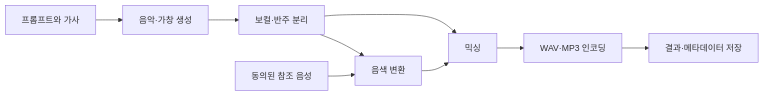
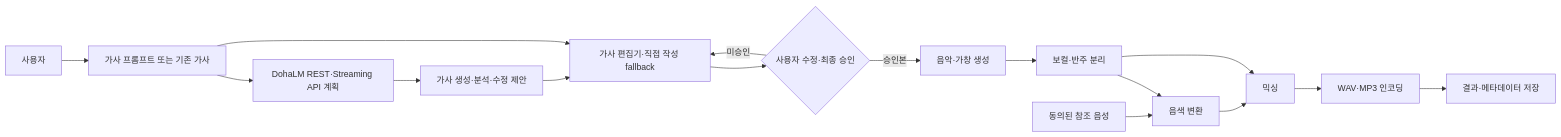
Before and after one commit to DohaStudio/DohaMusic: the diagram in README.md, drawn with Mermaid. The commit also changed other lines of this file and 18 other files, not shown here.

````diff
--- a/README.md
+++ b/README.md
@@ -73,11 +77,18 @@
 ```mermaid
 flowchart LR
-  I[프롬프트와 가사] --> G[음악·가창 생성]
+  U[사용자] --> I[가사 프롬프트 또는 기존 가사]
+  I --> D[DohaLM REST·Streaming API 계획]
+  D --> L[가사 생성·분석·수정 제안]
+  I --> E[가사 편집기·직접 작성 fallback]
+  L --> E
+  E --> A{사용자 수정·최종 승인}
+  A -->|미승인| E
+  A -->|승인본| G[음악·가창 생성]
   G --> S[보컬·반주 분리]
   R[동의된 참조 음성] --> V[음색 변환]
   S --> V
   S --> M[믹싱]
   V --> M
-  M --> E[WAV·MP3 인코딩]
-  E --> O[결과·메타데이터 저장]
+  M --> ENC[WAV·MP3 인코딩]
+  ENC --> O[결과·메타데이터 저장]
 ```
````
